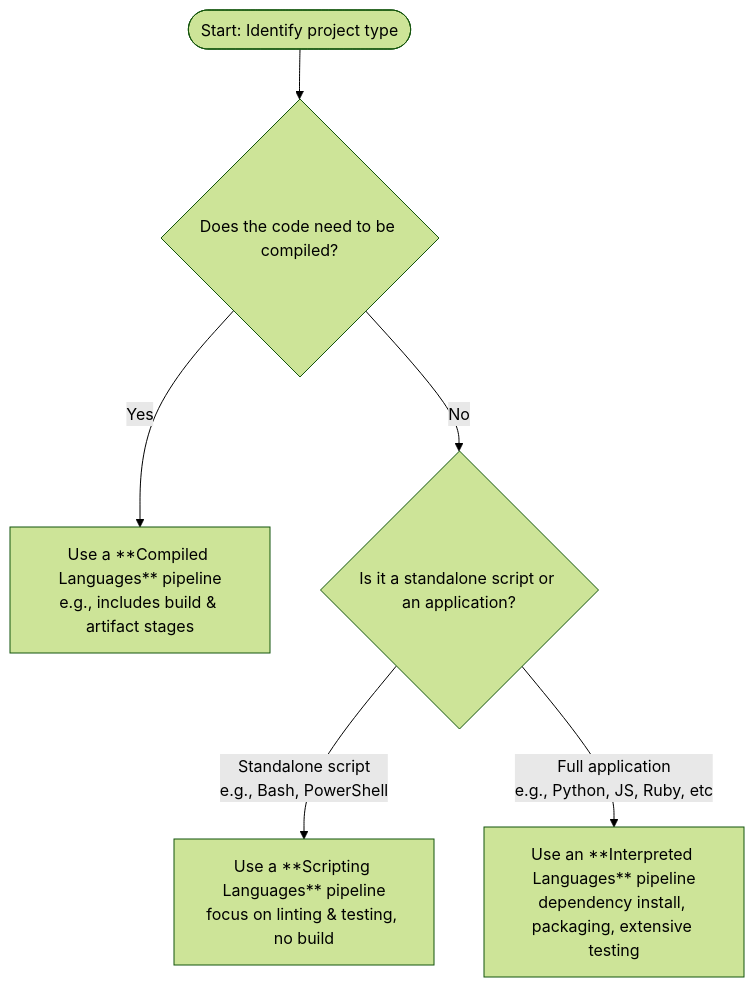
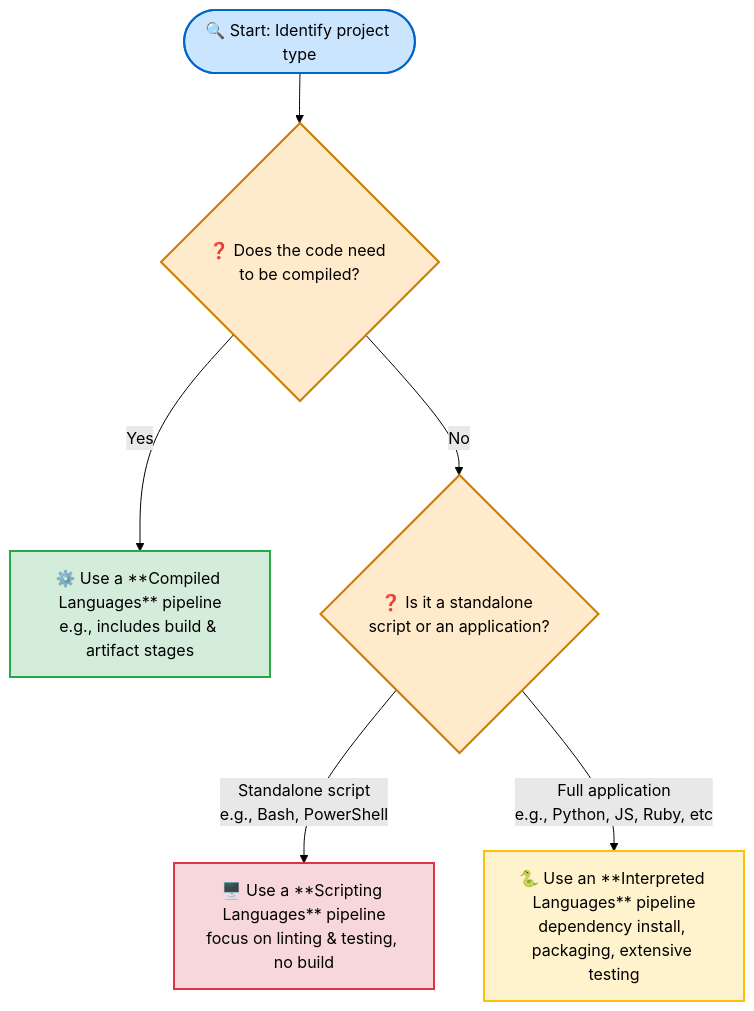
Before and after one commit to PPadgett/mcp-devsecops-pipeline: the diagram in CI_CD_PIPELINES.md, drawn with Mermaid (forest theme).

````diff
--- a/CI_CD_PIPELINES.md
+++ b/CI_CD_PIPELINES.md
@@ -266,8 +266,20 @@
 ```mermaid
 flowchart TD
-    A([Start: Identify project type]) --> B{Does the code need to be compiled?};
-    B -->|Yes| C[Use a **Compiled Languages** pipeline<br/>e.g., includes build & artifact stages];
-    B -->|No| D{Is it a standalone script or an application?};
-    D -->|Standalone script<br/>e.g., Bash, PowerShell| E[Use a **Scripting Languages** pipeline<br/>focus on linting & testing, no build];
-    D -->|Full application<br/>e.g., Python, JS, Ruby, etc| F[Use an **Interpreted Languages** pipeline<br/>dependency install, packaging, extensive testing];
+    A([🔍 Start: Identify project type]) --> B{❓ Does the code need to be compiled?};
+    B -->|Yes| C[⚙️ Use a **Compiled Languages** pipeline<br/>e.g., includes build & artifact stages];
+    B -->|No| D{❓ Is it a standalone script or an application?};
+    D -->|Standalone script<br/>e.g., Bash, PowerShell| E[🖥️ Use a **Scripting Languages** pipeline<br/>focus on linting & testing, no build];
+    D -->|Full application<br/>e.g., Python, JS, Ruby, etc| F[🐍 Use an **Interpreted Languages** pipeline<br/>dependency install, packaging, extensive testing];
+
+    classDef start fill:#cce5ff,stroke:#0066cc,stroke-width:2px;
+    classDef decision fill:#ffebcc,stroke:#cc7a00,stroke-width:2px;
+    classDef compiled fill:#d4edda,stroke:#28a745,stroke-width:2px;
+    classDef scripting fill:#f8d7da,stroke:#dc3545,stroke-width:2px;
+    classDef interpreted fill:#fff3cd,stroke:#ffc107,stroke-width:2px;
+
+    class A start;
+    class B,D decision;
+    class C compiled;
+    class E scripting;
+    class F interpreted;
 ```
````
